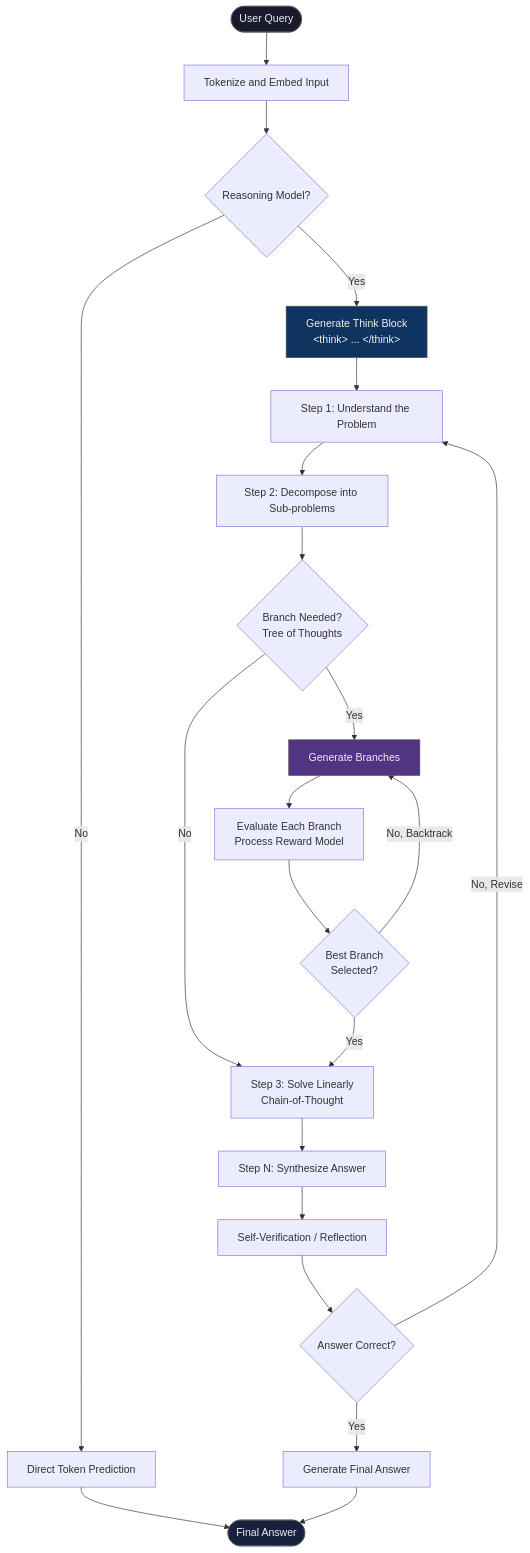
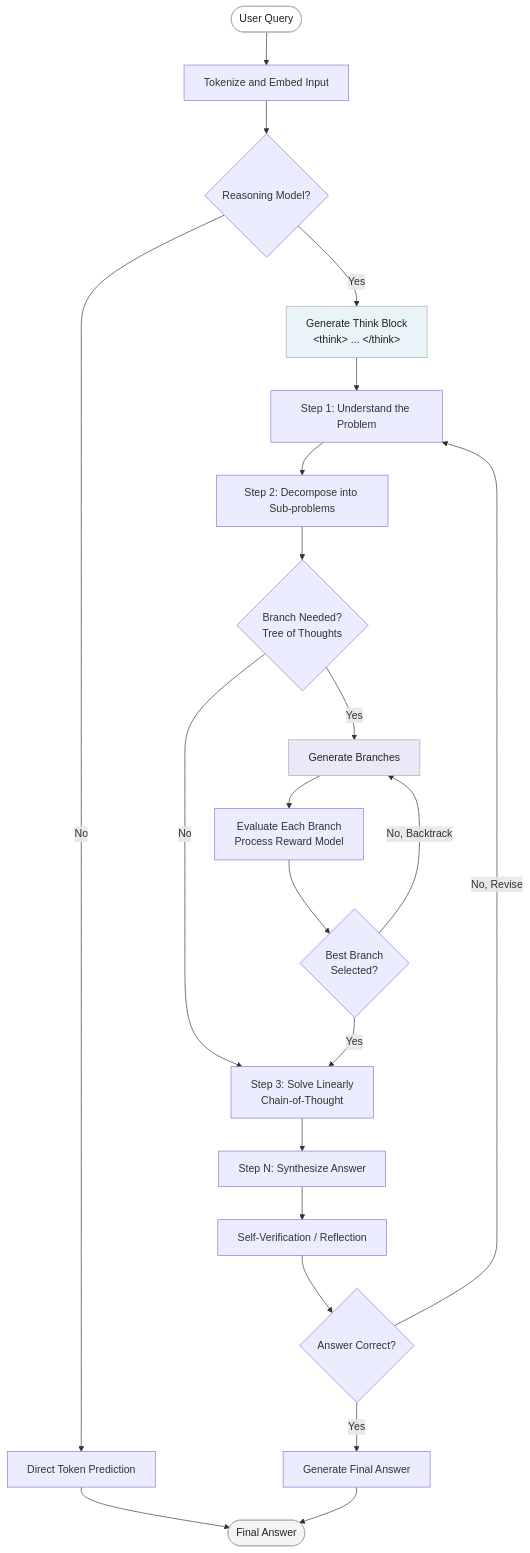
The first of 5 diagrams in reasoning/README.md (jylhakos/autonomous-artificial-intelligence), drawn with Mermaid before and after one commit. The commit also changed other lines of this file, not shown here.

````diff
--- a/reasoning/README.md
+++ b/reasoning/README.md
@@ -177,28 +177,28 @@
 ```mermaid
 flowchart TD
     A([User Query]) --> B[Tokenize and Embed Input]
     B --> C{Reasoning Model?}
     C -- No --> D[Direct Token Prediction]
     D --> Z([Final Answer])
     C -- Yes --> E[Generate Think Block\n&lt;think&gt; ... &lt;/think&gt;]
     E --> F[Step 1: Understand the Problem]
     F --> G[Step 2: Decompose into Sub-problems]
     G --> H{Branch Needed?\nTree of Thoughts}
     H -- No --> I[Step 3: Solve Linearly\nChain-of-Thought]
     H -- Yes --> J[Generate Branches]
     J --> K[Evaluate Each Branch\nProcess Reward Model]
     K --> L{Best Branch\nSelected?}
     L -- No, Backtrack --> J
     L -- Yes --> I
     I --> M[Step N: Synthesize Answer]
     M --> N[Self-Verification / Reflection]
     N --> O{Answer Correct?}
     O -- No, Revise --> F
     O -- Yes --> P[Generate Final Answer]
     P --> Z([Final Answer])
 
-    style A fill:#1a1a2e,color:#eee,stroke:#555
-    style Z fill:#16213e,color:#eee,stroke:#555
-    style E fill:#0f3460,color:#eee,stroke:#555
-    style J fill:#533483,color:#eee,stroke:#555
+    style A fill:#ffffff,color:#222,stroke:#aaa
+    style Z fill:#f4f4f4,color:#222,stroke:#aaa
+    style E fill:#e8f4f8,color:#222,stroke:#aaa
+    style J fill:#ede8f8,color:#222,stroke:#aaa
 ```
````
